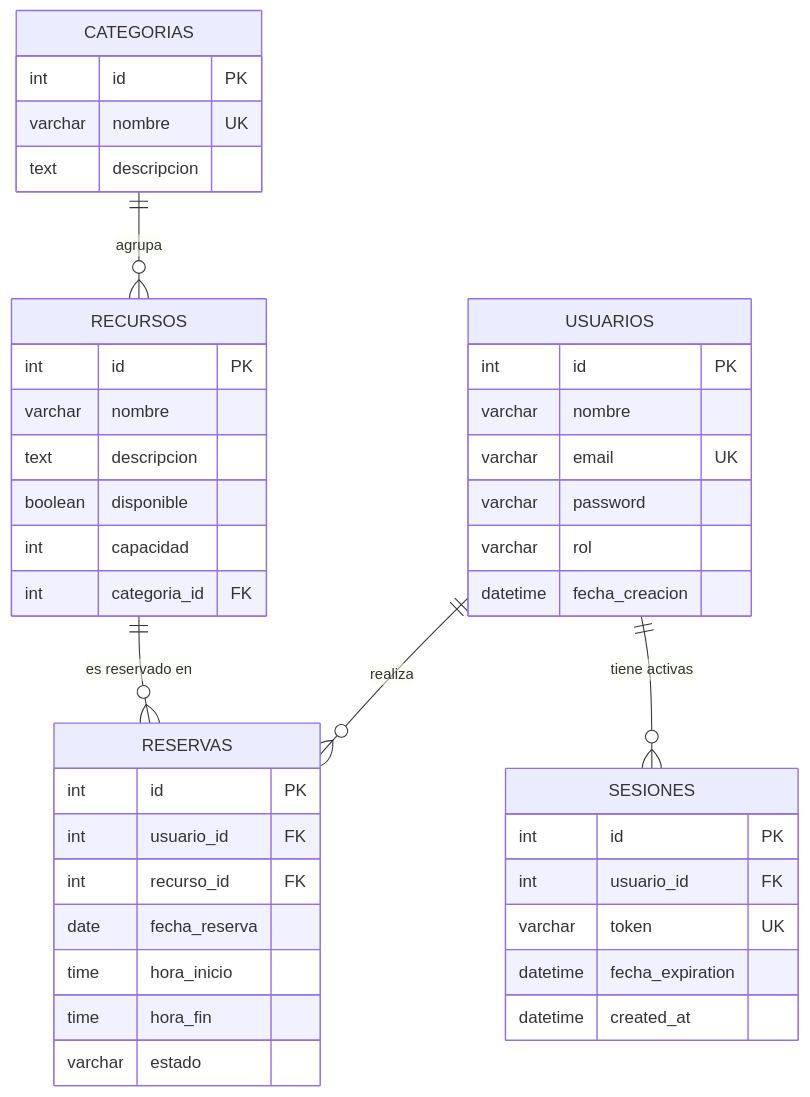
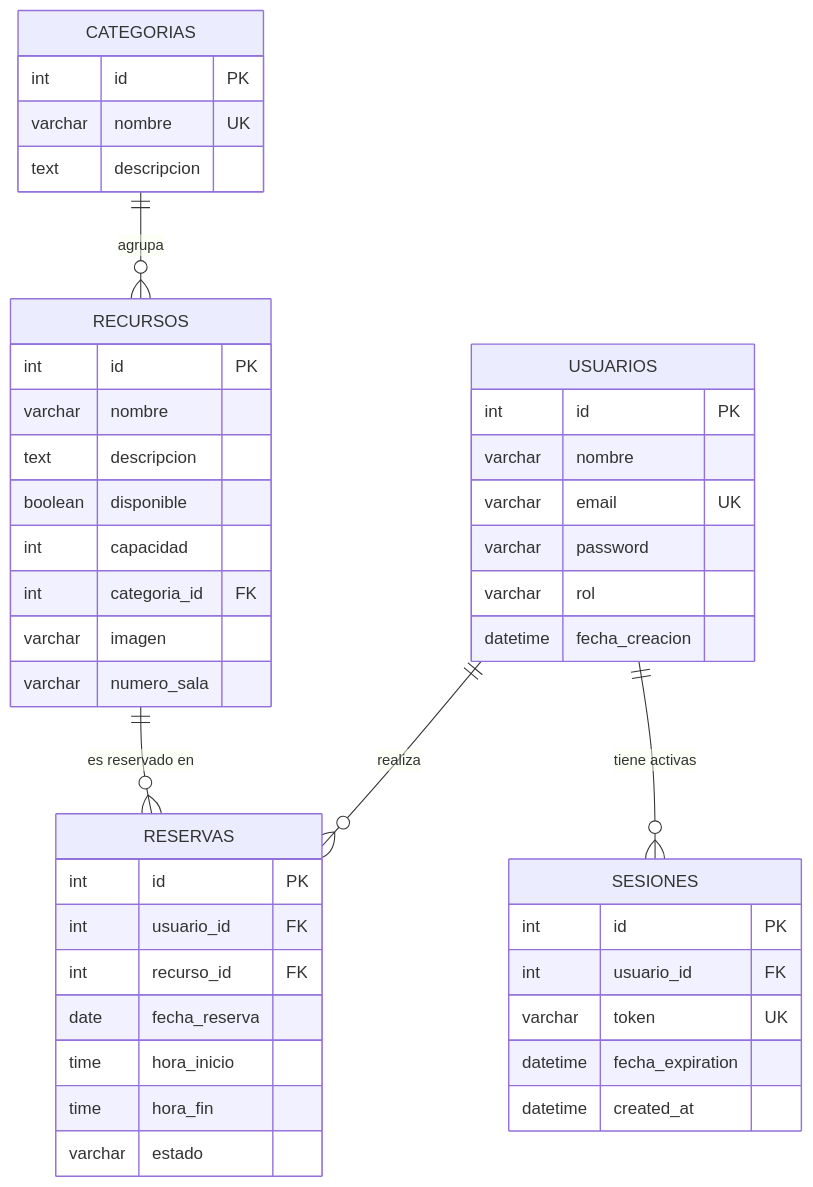
Before and after one commit to danij3/reservehub: the diagram in README.md, drawn with Mermaid. The commit also changed other lines of this file and 15 other files, not shown here.

````diff
--- a/README.md
+++ b/README.md
@@ -205,49 +208,51 @@
 ```mermaid
 erDiagram
     USUARIOS {
         int     id             PK
         varchar nombre
         varchar email          UK
         varchar password
         varchar rol
         datetime fecha_creacion
     }
 
     CATEGORIAS {
         int     id          PK
         varchar nombre      UK
         text    descripcion
     }
 
     RECURSOS {
         int     id           PK
         varchar nombre
         text    descripcion
         boolean disponible
         int     capacidad
         int     categoria_id FK
+        varchar imagen
+        varchar numero_sala
     }
 
     RESERVAS {
         int     id            PK
         int     usuario_id    FK
         int     recurso_id    FK
         date    fecha_reserva
         time    hora_inicio
         time    hora_fin
         varchar estado
     }
 
     SESIONES {
         int      id               PK
         int      usuario_id       FK
         varchar  token            UK
         datetime fecha_expiration
         datetime created_at
     }
 
     CATEGORIAS  ||--o{ RECURSOS  : "agrupa"
     USUARIOS    ||--o{ RESERVAS  : "realiza"
     RECURSOS    ||--o{ RESERVAS  : "es reservado en"
     USUARIOS    ||--o{ SESIONES  : "tiene activas"
 ```
````
